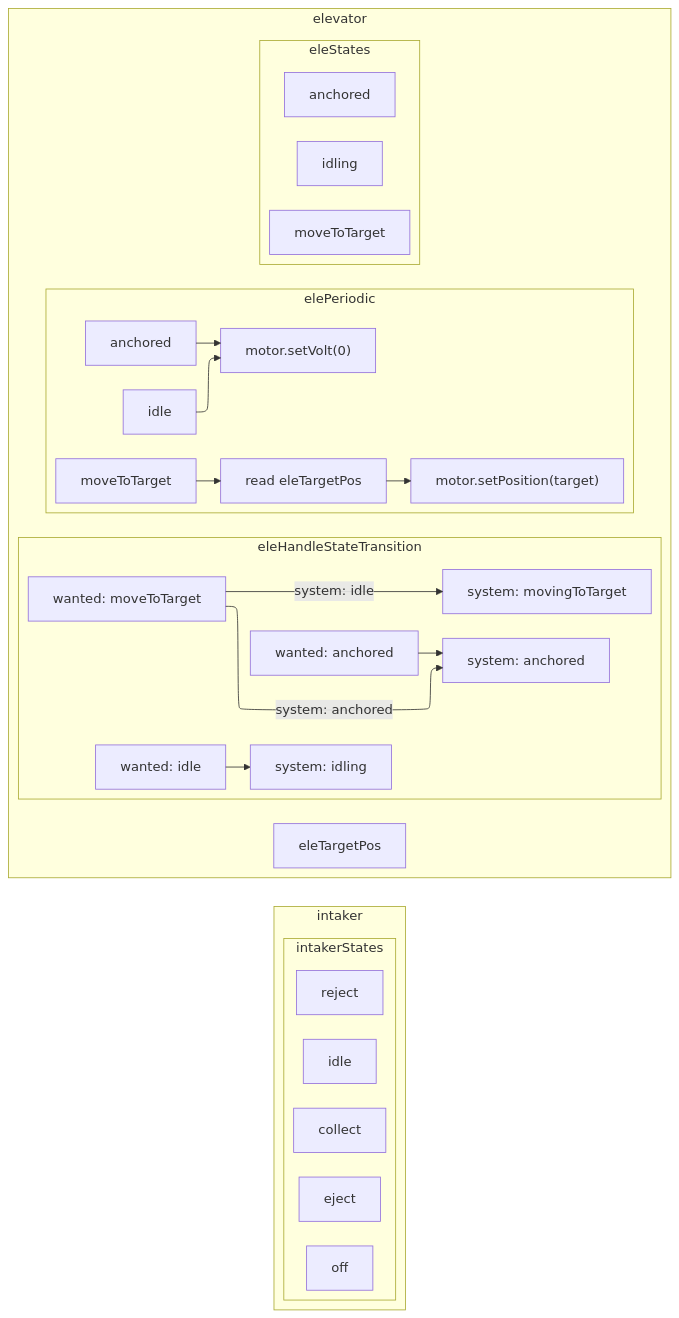
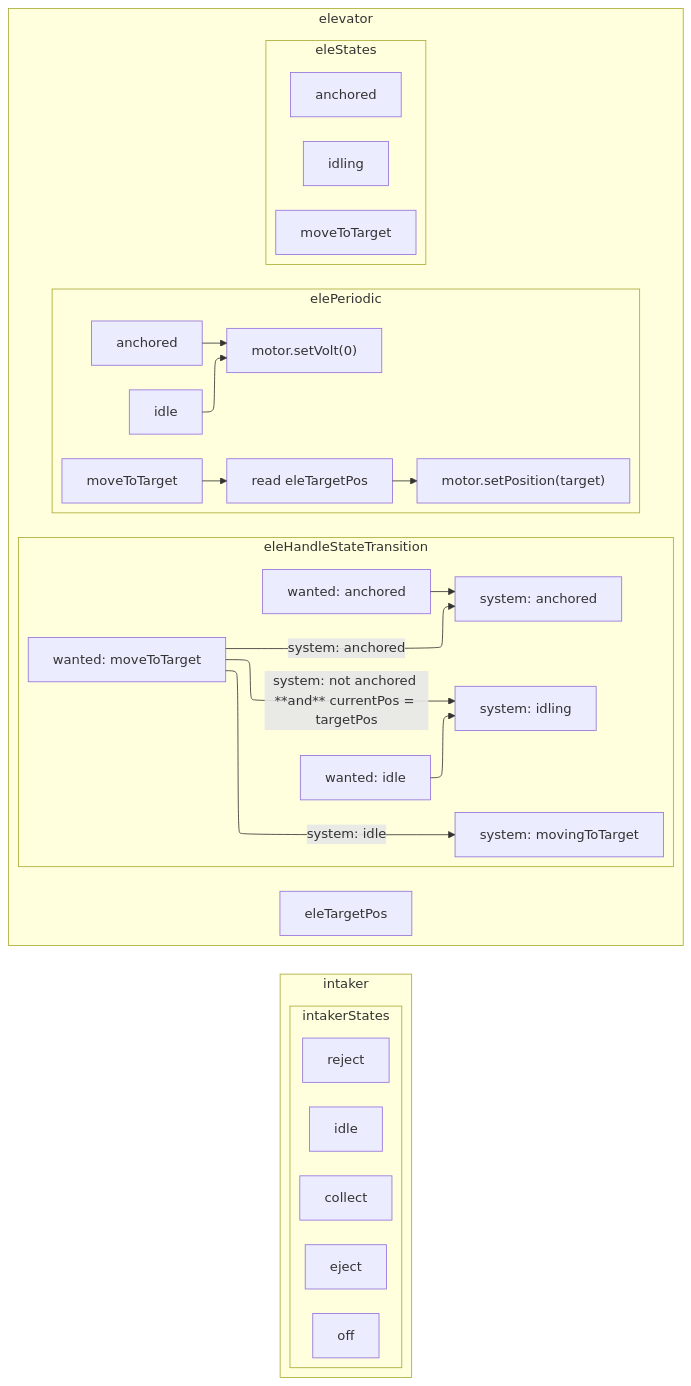
One commit to zhangxiaobingzhang0911/2025-competition-robot changed the diagram in robot-states-flowchart.md. Above: the diagram before and after it, drawn with Mermaid. The commit also changed 2 other files, not shown here.

Commit message:
changed ElevatorCommand and robot-states-flowchart.md
ElevatorCommand now uses ElevatorSubsystem's states, added logic in handleStateTransition is added in robot-states-flowchart.md

````diff
--- a/robot-states-flowchart.md
+++ b/robot-states-flowchart.md
@@ -3,42 +3,43 @@
 ```mermaid
 ---
 config:
     layout: elk
 ---
 flowchart LR
 
 subgraph intaker
     subgraph intakerStates
         isti[idle]
         istc[collect]
         istr[reject]
         iste[eject]
         isto[off]
     end
 end
 
 subgraph elevator
 
     subgraph eleStates
         esti["idling"]
         estm[moveToTarget]
         esta["anchored"]
     end
 
     eleTargetPos
 
     subgraph eleHandleStateTransition
         ewi[wanted: idle] --> esi[system: idling]
         ewm[wanted: moveToTarget] --"system: idle"-->esm[system: movingToTarget]
         ewm --"system: anchored"--> esa[system: anchored]
+        ewm --"system: not anchored **and** currentPos = targetPos"--> esi
         ewa[wanted: anchored] --> esa
     end
 
     subgraph elePeriodic
         epm[moveToTarget] --> ehr["read eleTargetPos"]--> esetm["motor.setPosition(target)"]
         epi[idle] --> estopm["motor.setVolt(0)"]
         epa[anchored] --> estopm
     end
 
 end
 ```
````
